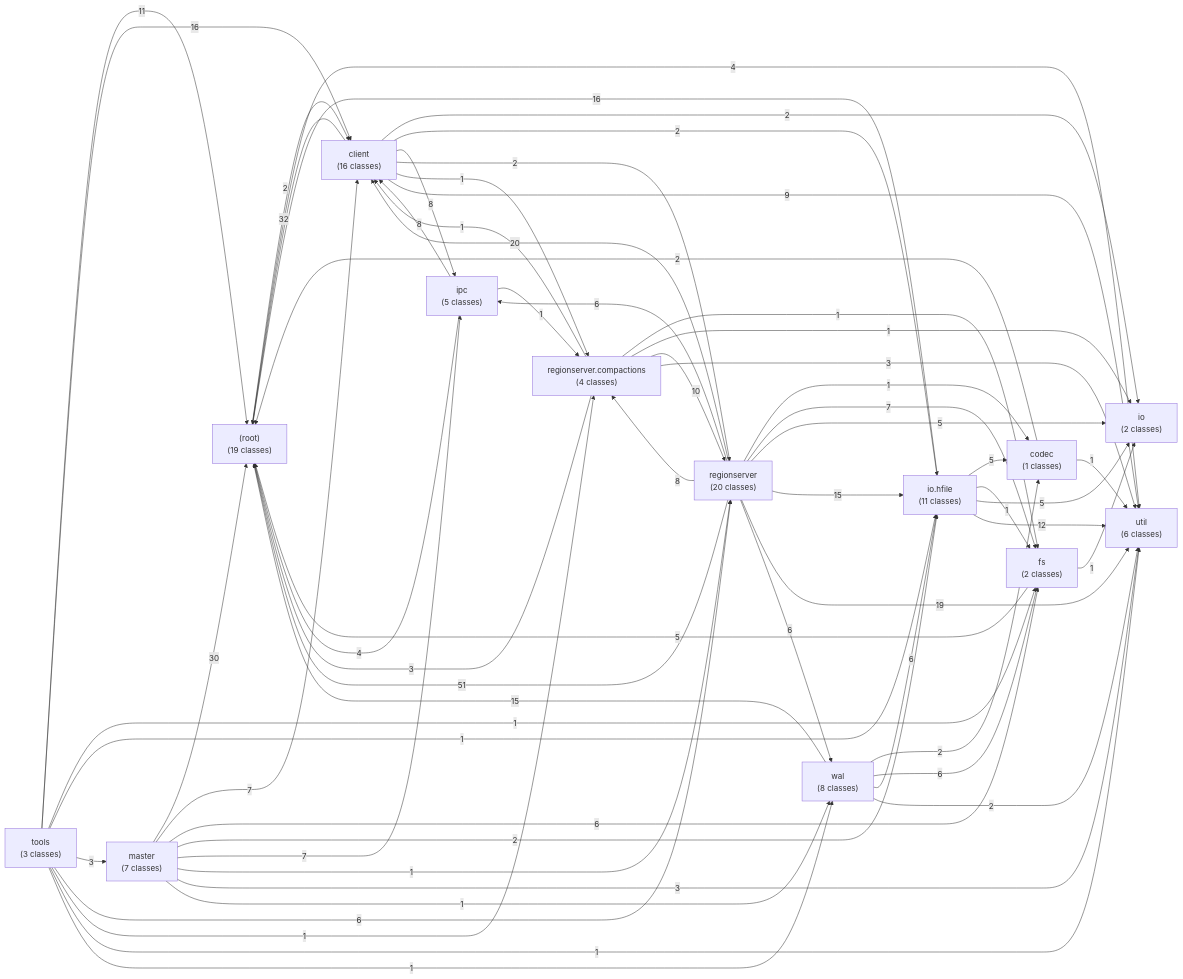
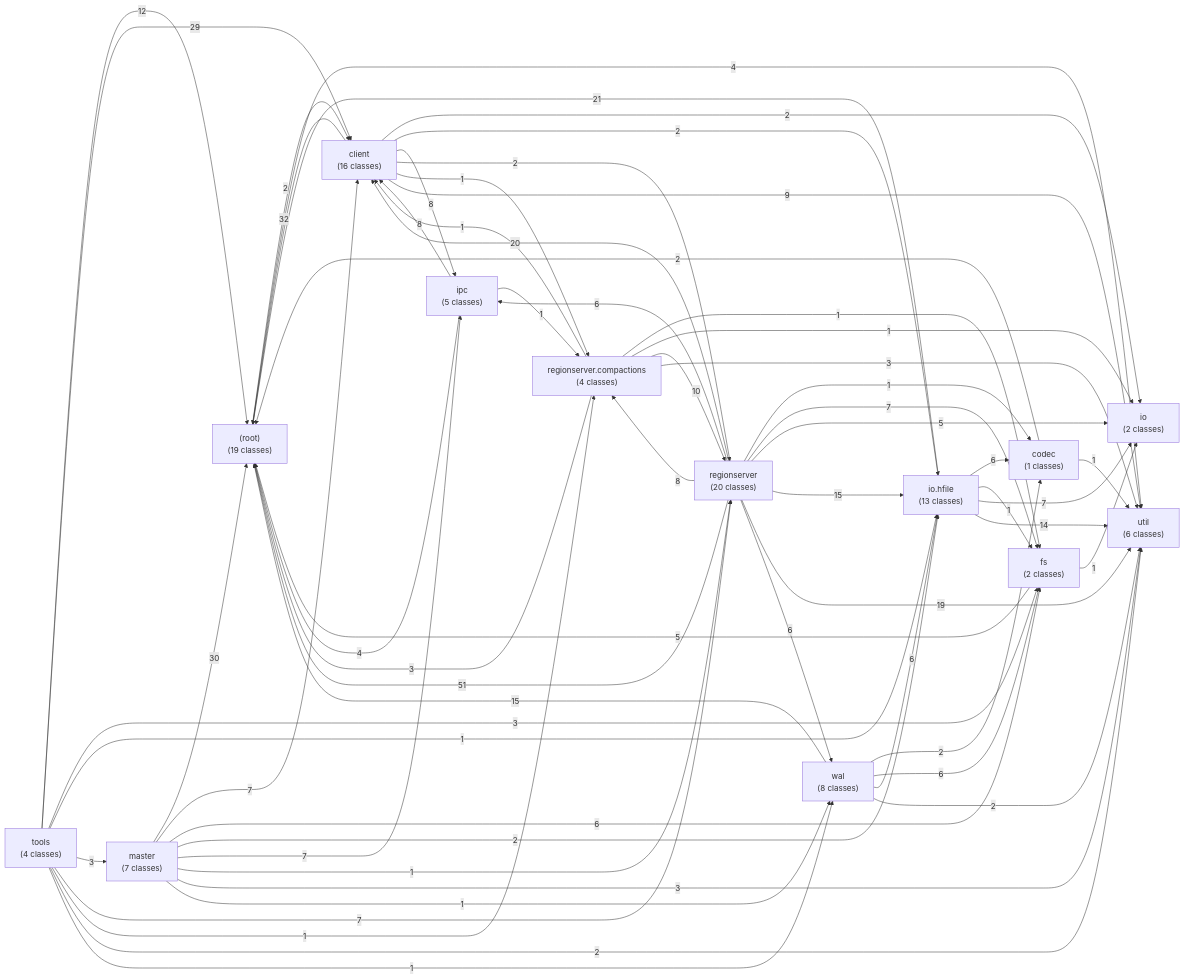
The first of 15 diagrams in docs/EDUDFSBASE_DEPENDENCIES.md (catothi/edudfs), drawn with Mermaid before and after one commit. The commit also changed other lines of this file and 28 other files, not shown here.

````diff
--- a/docs/EDUDFSBASE_DEPENDENCIES.md
+++ b/docs/EDUDFSBASE_DEPENDENCIES.md
@@ -20,75 +20,75 @@
 ```mermaid
 flowchart LR
     root["(root)<br/>(19 classes)"]
     client["client<br/>(16 classes)"]
     codec["codec<br/>(1 classes)"]
     fs["fs<br/>(2 classes)"]
     io["io<br/>(2 classes)"]
-    io_hfile["io.hfile<br/>(11 classes)"]
+    io_hfile["io.hfile<br/>(13 classes)"]
     ipc["ipc<br/>(5 classes)"]
     master["master<br/>(7 classes)"]
     regionserver["regionserver<br/>(20 classes)"]
     regionserver_compactions["regionserver.compactions<br/>(4 classes)"]
-    tools["tools<br/>(3 classes)"]
+    tools["tools<br/>(4 classes)"]
     util["util<br/>(6 classes)"]
     wal["wal<br/>(8 classes)"]
     root -- 2 --> client
     root -- 4 --> util
     client -- 32 --> root
     client -- 2 --> io
     client -- 2 --> io_hfile
     client -- 8 --> ipc
     client -- 2 --> regionserver
     client -- 1 --> regionserver_compactions
     client -- 9 --> util
     codec -- 2 --> root
     codec -- 1 --> util
     fs -- 5 --> root
     fs -- 1 --> io
-    io_hfile -- 16 --> root
-    io_hfile -- 5 --> codec
+    io_hfile -- 21 --> root
+    io_hfile -- 6 --> codec
     io_hfile -- 1 --> fs
-    io_hfile -- 5 --> io
-    io_hfile -- 12 --> util
+    io_hfile -- 7 --> io
+    io_hfile -- 14 --> util
     ipc -- 4 --> root
     ipc -- 8 --> client
     ipc -- 1 --> regionserver_compactions
     master -- 30 --> root
     master -- 7 --> client
     master -- 6 --> fs
     master -- 2 --> io_hfile
     master -- 7 --> ipc
     master -- 1 --> regionserver
     master -- 3 --> util
     master -- 1 --> wal
     regionserver -- 51 --> root
     regionserver -- 20 --> client
     regionserver -- 1 --> codec
     regionserver -- 7 --> fs
     regionserver -- 5 --> io
     regionserver -- 15 --> io_hfile
     regionserver -- 6 --> ipc
     regionserver -- 8 --> regionserver_compactions
     regionserver -- 19 --> util
     regionserver -- 6 --> wal
     regionserver_compactions -- 3 --> root
     regionserver_compactions -- 1 --> client
     regionserver_compactions -- 1 --> fs
     regionserver_compactions -- 1 --> io
     regionserver_compactions -- 10 --> regionserver
     regionserver_compactions -- 3 --> util
-    tools -- 11 --> root
-    tools -- 16 --> client
-    tools -- 1 --> fs
+    tools -- 12 --> root
+    tools -- 29 --> client
+    tools -- 3 --> fs
     tools -- 1 --> io_hfile
     tools -- 3 --> master
-    tools -- 6 --> regionserver
+    tools -- 7 --> regionserver
     tools -- 1 --> regionserver_compactions
-    tools -- 1 --> util
+    tools -- 2 --> util
     tools -- 1 --> wal
     wal -- 15 --> root
     wal -- 2 --> codec
     wal -- 6 --> fs
     wal -- 6 --> io_hfile
     wal -- 2 --> util
 ```
````
